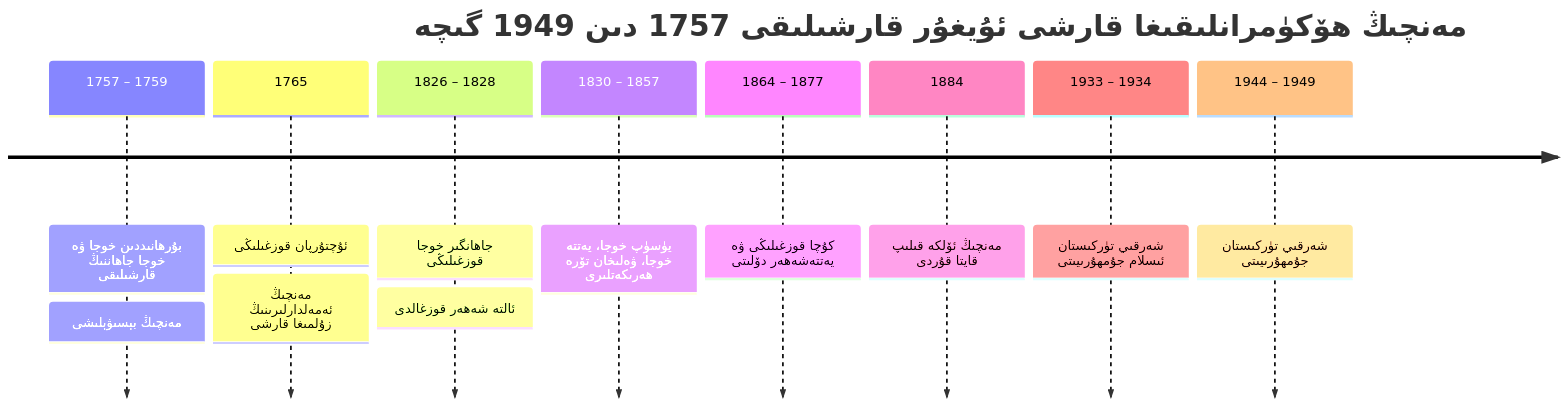
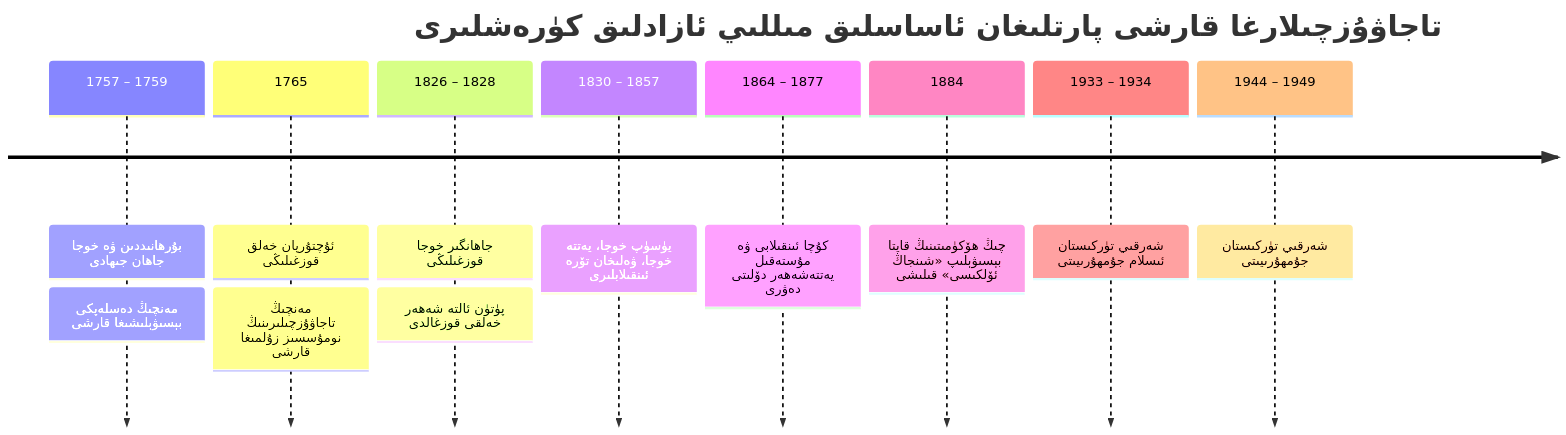
Before and after one commit to UyCoder/paydilar: the third of 4 diagrams in _posts/2026-10-25-Xu-Jianying-Tarixiy-Tuzumi-Reddiye-Sherqiy-Turkistan.md, drawn with Mermaid. The commit also changed other lines of this file and 1 other file, not shown here.

````diff
--- a/_posts/2026-10-25-Xu-Jianying-Tarixiy-Tuzumi-Reddiye-Sherqiy-Turkistan.md
+++ b/_posts/2026-10-25-Xu-Jianying-Tarixiy-Tuzumi-Reddiye-Sherqiy-Turkistan.md
@@ -160,12 +172,12 @@
 ```mermaid
 timeline
-    title مەنچىڭ ھۆكۈمرانلىقىغا قارشى ئۇيغۇر قارشىلىقى 1757 دىن 1949 گىچە
-    1757 – 1759 : بۇرھانىددىن خوجا ۋە خوجا جاھاننىڭ قارشىلىقى : مەنچىڭ بېسىۋېلىشى
-    1765 : ئۇچتۇرپان قوزغىلىڭى : مەنچىڭ ئەمەلدارلىرىنىڭ زۇلمىغا قارشى
-    1826 – 1828 : جاھانگىر خوجا قوزغىلىڭى : ئالتە شەھەر قوزغالدى
-    1830 – 1857 : يۈسۈپ خوجا، يەتتە خوجا، ۋەلىخان تۆرە ھەرىكەتلىرى
-    1864 – 1877 : كۇچا قوزغىلىڭى ۋە يەتتەشەھەر دۆلىتى
-    1884 : مەنچىڭ ئۆلكە قىلىپ قايتا قۇردى
+    title تاجاۋۇزچىلارغا قارشى پارتلىغان ئاساسلىق مىللىي ئازادلىق كۈرەشلىرى
+    1757 – 1759 : بۇرھانىددىن ۋە خوجا جاھان جىھادى : مەنچىڭ دەسلەپكى بېسىۋېلىشىغا قارشى
+    1765 : ئۇچتۇرپان خەلق قوزغىلىڭى : مەنچىڭ تاجاۋۇزچىلىرىنىڭ نومۇسسىز زۇلمىغا قارشى
+    1826 – 1828 : جاھانگىر خوجا قوزغىلىڭى : پۈتۈن ئالتە شەھەر خەلقى قوزغالدى
+    1830 – 1857 : يۈسۈپ خوجا، يەتتە خوجا، ۋەلىخان تۆرە ئىنقىلابلىرى
+    1864 – 1877 : كۇچا ئىنقىلابى ۋە مۇستەقىل يەتتەشەھەر دۆلىتى دەۋرى
+    1884 : چىڭ ھۆكۈمىتىنىڭ قايتا بېسىۋېلىپ «شىنجاڭ ئۆلكىسى» قىلىشى
     1933 – 1934 : شەرقىي تۈركىستان ئىسلام جۇمھۇرىيىتى
     1944 – 1949 : شەرقىي تۈركىستان جۇمھۇرىيىتى
 ```
````
